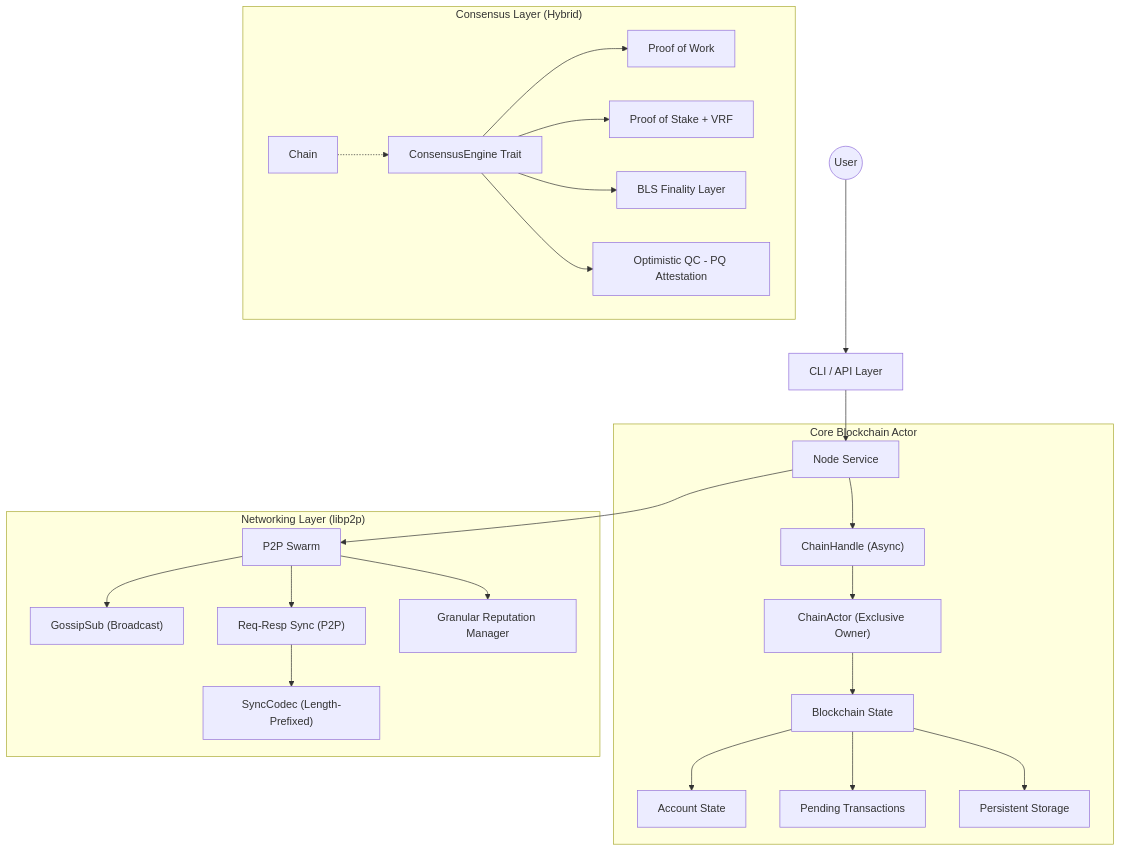
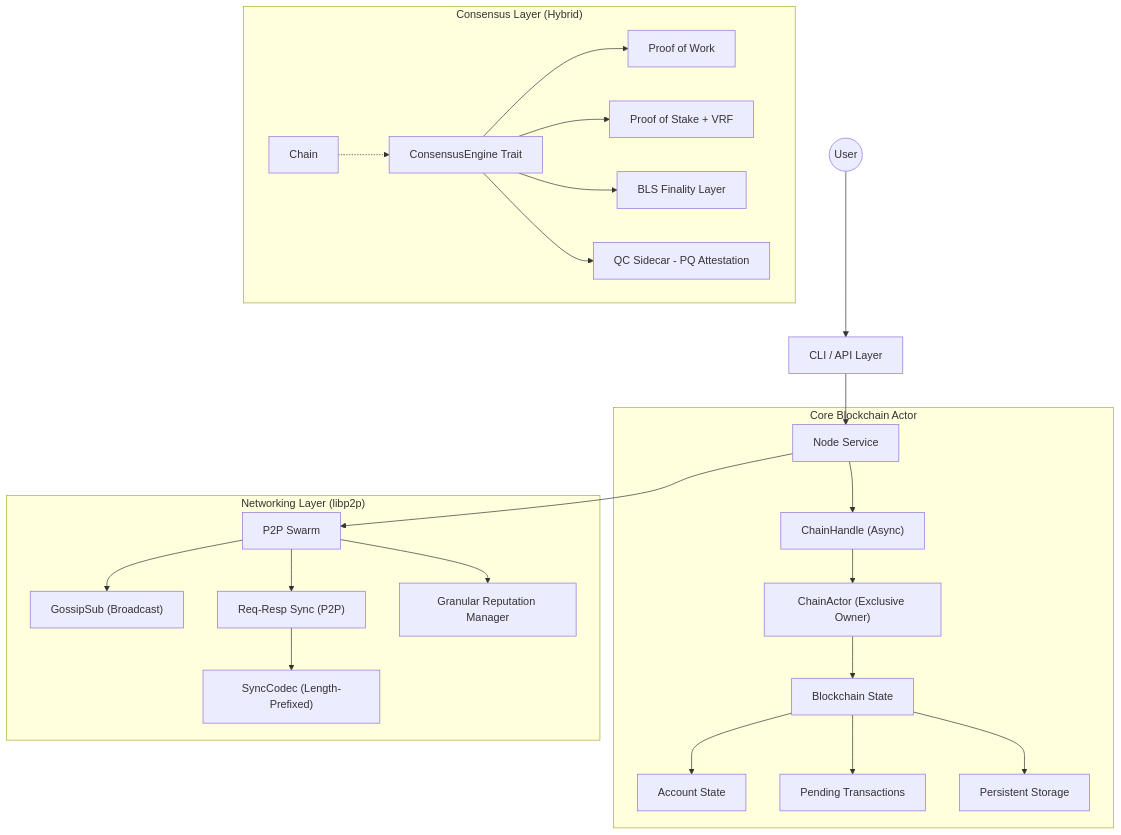
The diagram in README.md (Budlum/Budlum), drawn with Mermaid before and after one commit. The commit also changed other lines of this file and 17 other files, not shown here.

````diff
--- a/README.md
+++ b/README.md
@@ -30,30 +30,30 @@
 ```mermaid
 graph TD
     User(("User")) --> CLI["CLI / API Layer"]
     CLI --> Node["Node Service"]
     
     subgraph "Core Blockchain Actor"
         Node --> ChainHandle["ChainHandle (Async)"]
         ChainHandle --> ChainActor["ChainActor (Exclusive Owner)"]
         ChainActor --> Blockchain["Blockchain State"]
         Blockchain --> State["Account State"]
         Blockchain --> Mempool["Pending Transactions"]
         Blockchain --> Store["Persistent Storage"]
     end
 
     subgraph "Consensus Layer (Hybrid)"
         Chain -.-> Engine["ConsensusEngine Trait"]
         Engine --> PoW["Proof of Work"]
         Engine --> PoS["Proof of Stake + VRF"]
         Engine --> Finality["BLS Finality Layer"]
-        Engine --> QC["Optimistic QC - PQ Attestation"]
+        Engine --> QC["QC Sidecar - PQ Attestation"]
     end
 
     subgraph "Networking Layer (libp2p)"
         Node --> Swarm["P2P Swarm"]
         Swarm --> Gossip["GossipSub (Broadcast)"]
         Swarm --> Sync["Req-Resp Sync (P2P)"]
         Sync --> Codec["SyncCodec (Length-Prefixed)"]
         Swarm --> PeerMgr["Granular Reputation Manager"]
     end
 ```
````
